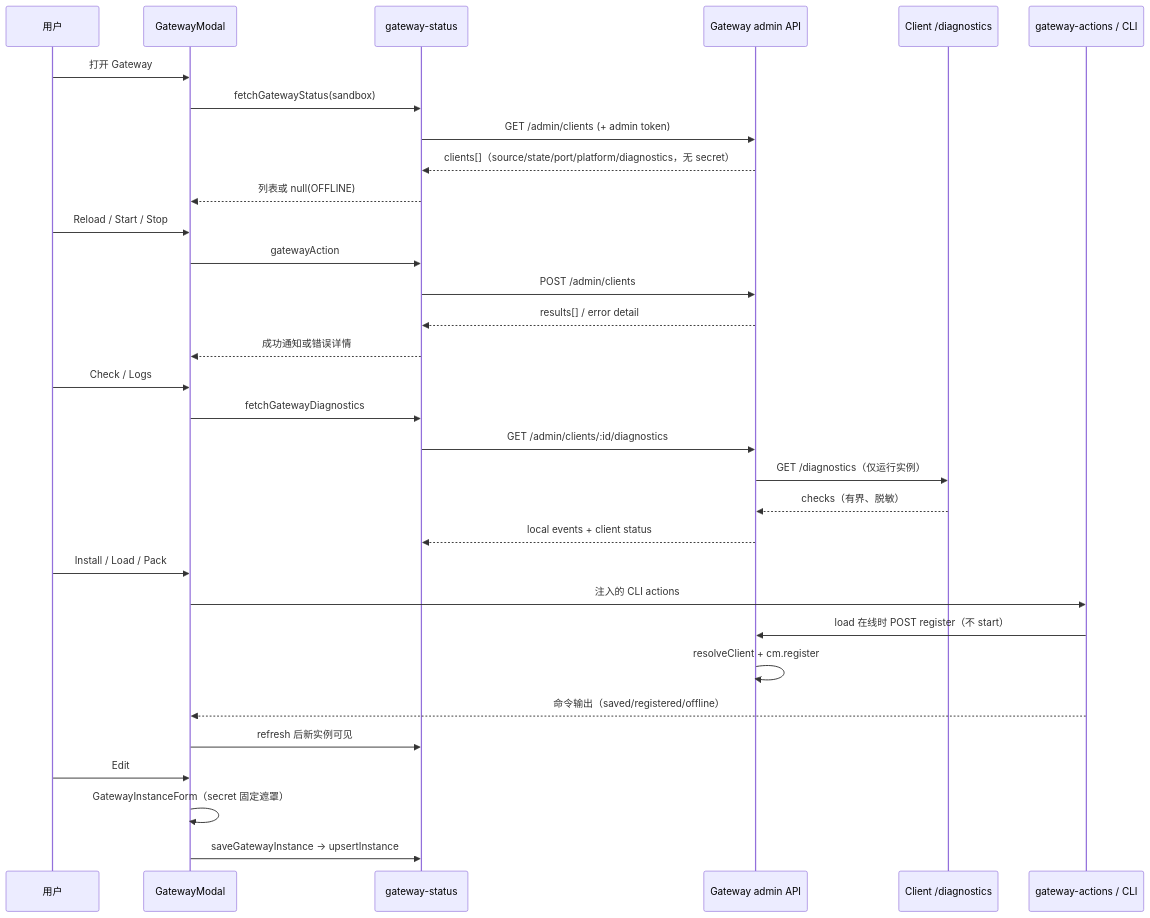
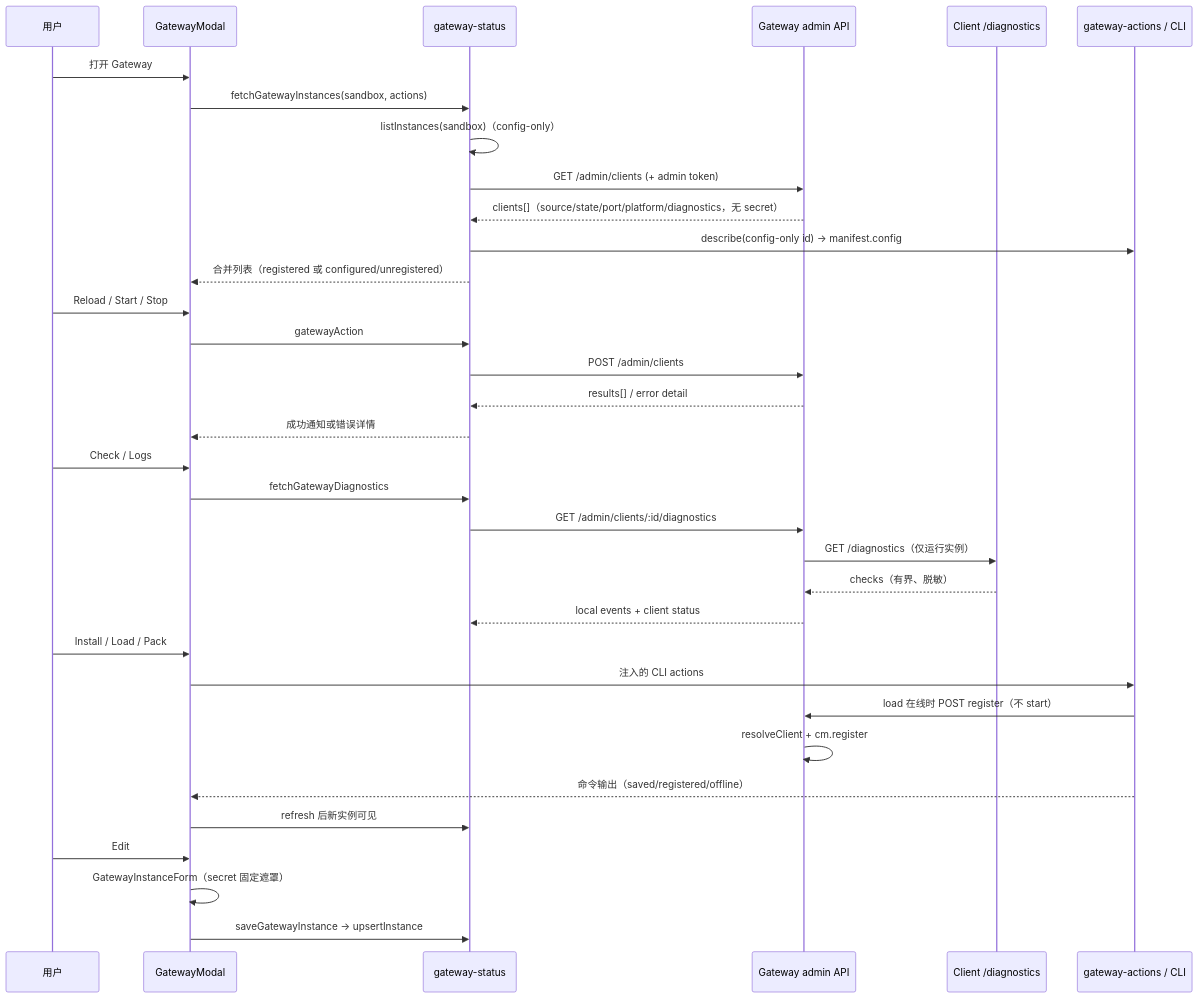
Before and after one commit to aokihu/atom_neo: diagram 11 of 12 in docs/communication/atom_neo_2026-11-14_gateway_client_packaging_graph.md, drawn with Mermaid. The commit also changed other lines of this file and 22 other files, not shown here.

Commit message:
fix(gateway): merge config-only instances into G4 flow

````diff
--- a/docs/communication/atom_neo_2026-11-14_gateway_client_packaging_graph.md
+++ b/docs/communication/atom_neo_2026-11-14_gateway_client_packaging_graph.md
@@ -526,35 +526,37 @@
 ```mermaid
 sequenceDiagram
     participant U as 用户
     participant M as GatewayModal
     participant S as gateway-status
     participant G as Gateway admin API
     participant C as Client /diagnostics
     participant A as gateway-actions / CLI
 
     U->>M: 打开 Gateway
-    M->>S: fetchGatewayStatus(sandbox)
+    M->>S: fetchGatewayInstances(sandbox, actions)
+    S->>S: listInstances(sandbox)（config-only）
     S->>G: GET /admin/clients (+ admin token)
     G-->>S: clients[]（source/state/port/platform/diagnostics，无 secret）
-    S-->>M: 列表或 null(OFFLINE)
+    S->>A: describe(config-only id) → manifest.config
+    S-->>M: 合并列表（registered 或 configured/unregistered）
     U->>M: Reload / Start / Stop
     M->>S: gatewayAction
     S->>G: POST /admin/clients
     G-->>S: results[] / error detail
     S-->>M: 成功通知或错误详情
     U->>M: Check / Logs
     M->>S: fetchGatewayDiagnostics
     S->>G: GET /admin/clients/:id/diagnostics
     G->>C: GET /diagnostics（仅运行实例）
     C-->>G: checks（有界、脱敏）
     G-->>S: local events + client status
     U->>M: Install / Load / Pack
     M->>A: 注入的 CLI actions
     A->>G: load 在线时 POST register（不 start）
     G->>G: resolveClient + cm.register
     A-->>M: 命令输出（saved/registered/offline）
     M->>S: refresh 后新实例可见
     U->>M: Edit
     M->>M: GatewayInstanceForm（secret 固定遮罩）
     M->>S: saveGatewayInstance → upsertInstance
 ```
````
